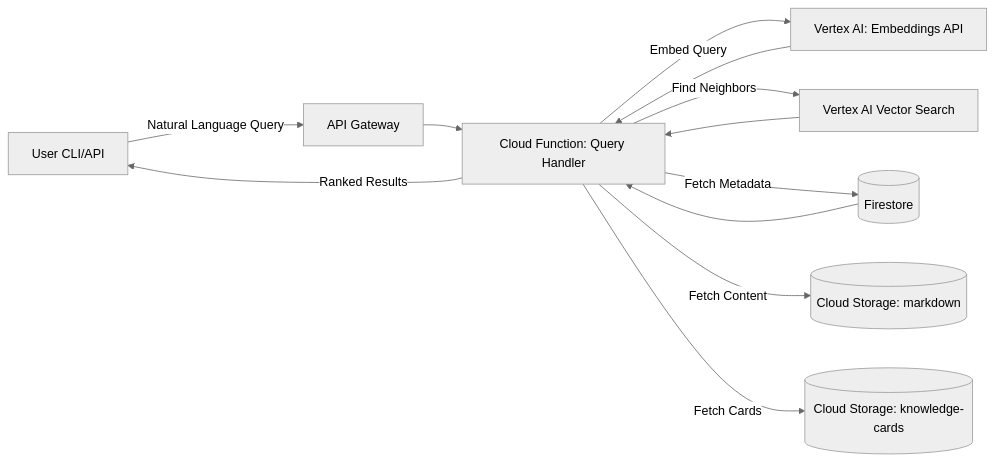
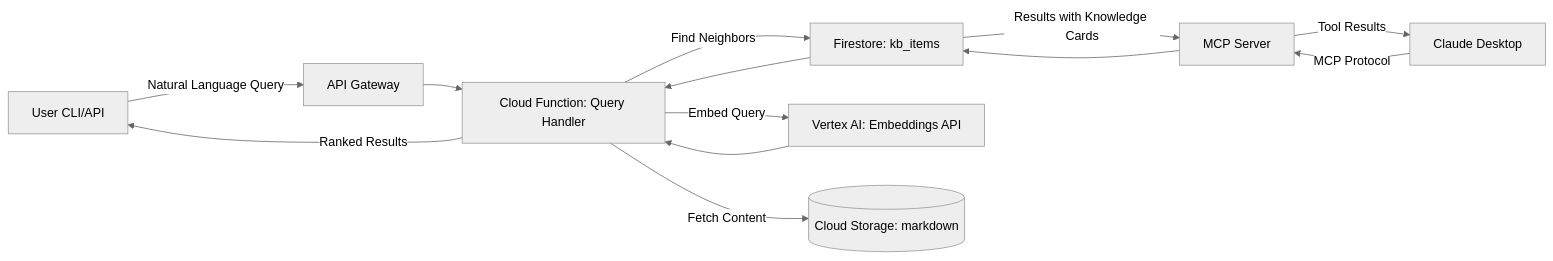
Before and after one commit to chrismmuc/kx-hub: the second of 3 diagrams in docs/architecture.md, drawn with Mermaid (neutral theme). The commit also changed other lines of this file and 17 other files, not shown here.

First line of the commit message:
feat(knowledge-cards): implement AI-powered knowledge card generation (Story 2.1)

````diff
--- a/docs/architecture.md
+++ b/docs/architecture.md
@@ -52,19 +50,20 @@
 ```mermaid
 flowchart LR
-  USER[User CLI/API] -->|Natural Language Query| APIGW[API Gateway]
+  USER_CLI[User CLI/API] -->|Natural Language Query| APIGW[API Gateway]
+  USER_CLAUDE[Claude Desktop] -->|MCP Protocol| MCP_SRV[MCP Server]
+
   APIGW --> F8[Cloud Function: Query Handler]
+  MCP_SRV --> FS_KB[Firestore: kb_items]
 
   F8 -->|Embed Query| V_EMB[Vertex AI: Embeddings API]
   V_EMB --> F8
 
-  F8 -->|Find Neighbors| V_VS[Vertex AI Vector Search]
-  V_VS --> F8
-
-  F8 -->|Fetch Metadata| FS_META[(Firestore)]
-  FS_META --> F8
+  F8 -->|Find Neighbors| FS_KB
+  FS_KB --> F8
 
   F8 -->|Fetch Content| GCS_MD[(Cloud Storage: markdown)]
-  F8 -->|Fetch Cards| GCS_KC[(Cloud Storage: knowledge-cards)]
 
-  F8 -->|Ranked Results| USER
+  F8 -->|Ranked Results| USER_CLI
+  FS_KB -->|Results with Knowledge Cards| MCP_SRV
+  MCP_SRV -->|Tool Results| USER_CLAUDE
 ```
````
